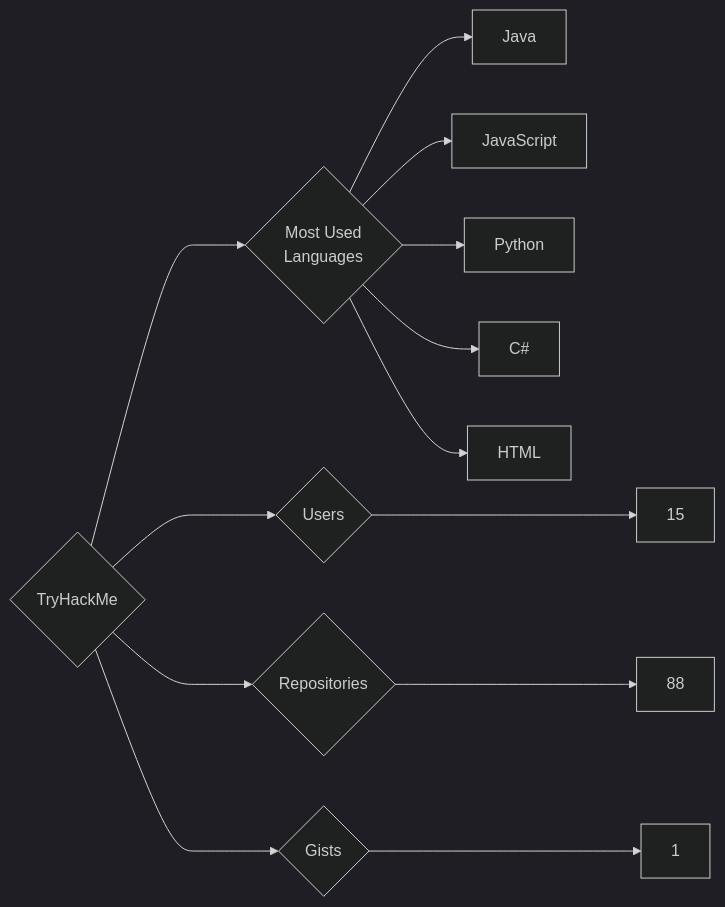
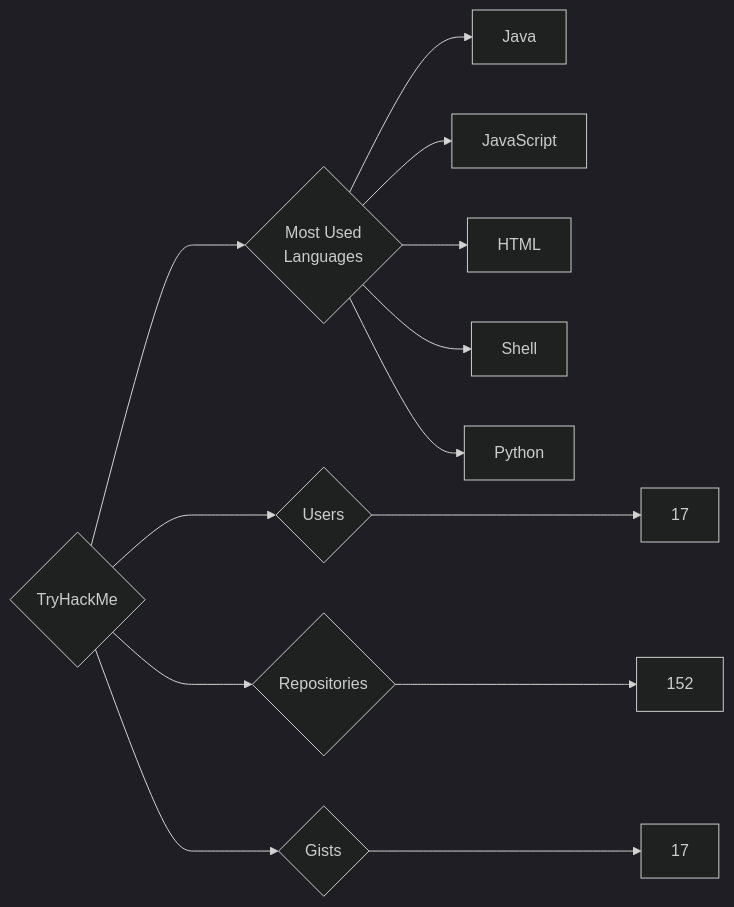
Before and after one commit to trickest/insiders: the diagram in targets/TryHackMe/README.md, drawn with Mermaid (dark theme). The commit also changed 765 other files, not shown here.

````diff
--- a/targets/TryHackMe/README.md
+++ b/targets/TryHackMe/README.md
@@ -3,13 +3,13 @@
 ```mermaid
 graph LR
 COMPANY_NAME{TryHackMe}
-COMPANY_NAME ---> U{Users} ---> UN[15]
-COMPANY_NAME ---> R{Repositories} ---> RN[88]
-COMPANY_NAME ---> G{Gists} ---> GN[1]
+COMPANY_NAME ---> U{Users} ---> UN[17]
+COMPANY_NAME ---> R{Repositories} ---> RN[152]
+COMPANY_NAME ---> G{Gists} ---> GN[17]
 COMPANY_NAME ---> ML{Most Used<br>Languages}
 ML --> Java[Java]
 ML --> JavaScript[JavaScript]
+ML --> HTML[HTML]
+ML --> Shell[Shell]
 ML --> Python[Python]
-ML --> C#[C#]
-ML --> HTML[HTML]
 ```
````
